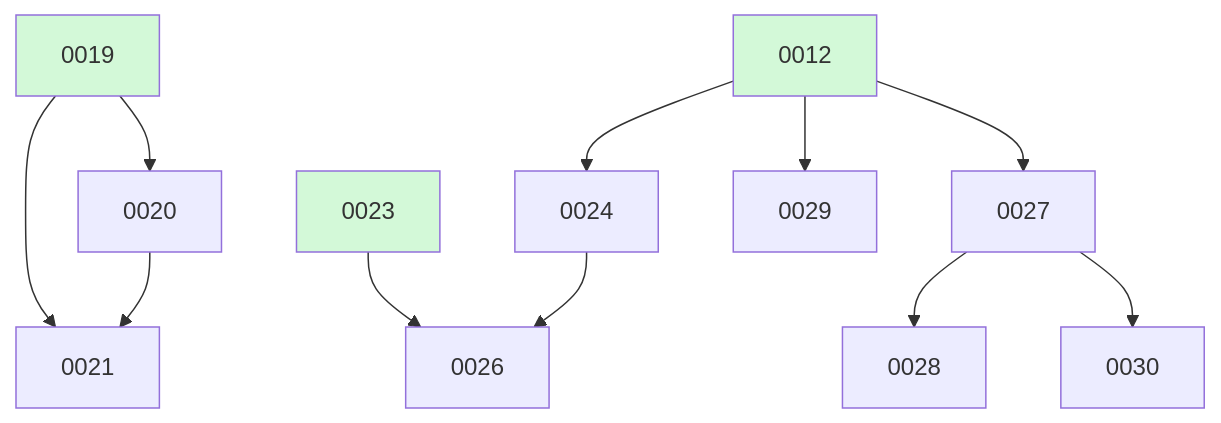
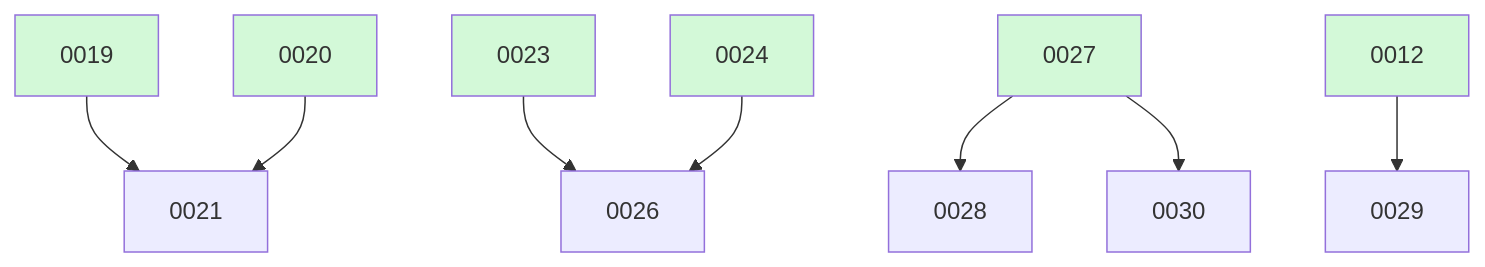
The diagram in docs/changes/BOARD.md (ethanhinson/fuse), drawn with Mermaid before and after one commit. The commit also changed other lines of this file, not shown here.

````diff
--- a/docs/changes/BOARD.md
+++ b/docs/changes/BOARD.md
@@ -28,17 +20,17 @@
 ```mermaid
 graph TD
-  0019 --> 0020
   0019 --> 0021
   0020 --> 0021
-  0012 --> 0024
   0023 --> 0026
   0024 --> 0026
-  0012 --> 0027
   0027 --> 0028
   0012 --> 0029
   0027 --> 0030
   0012:::done
   0019:::done
+  0020:::done
   0023:::done
+  0024:::done
+  0027:::done
   classDef done fill:#d3f9d8;
 ```
````
